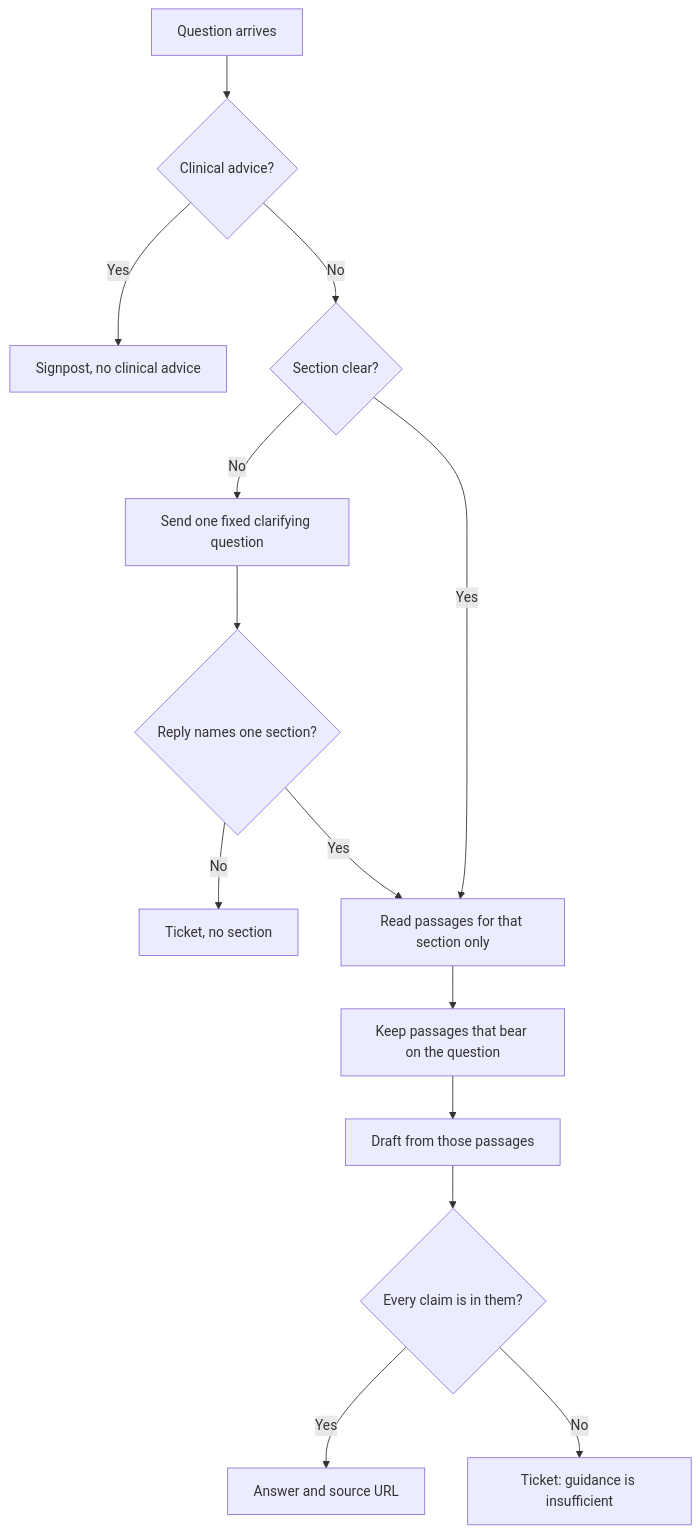
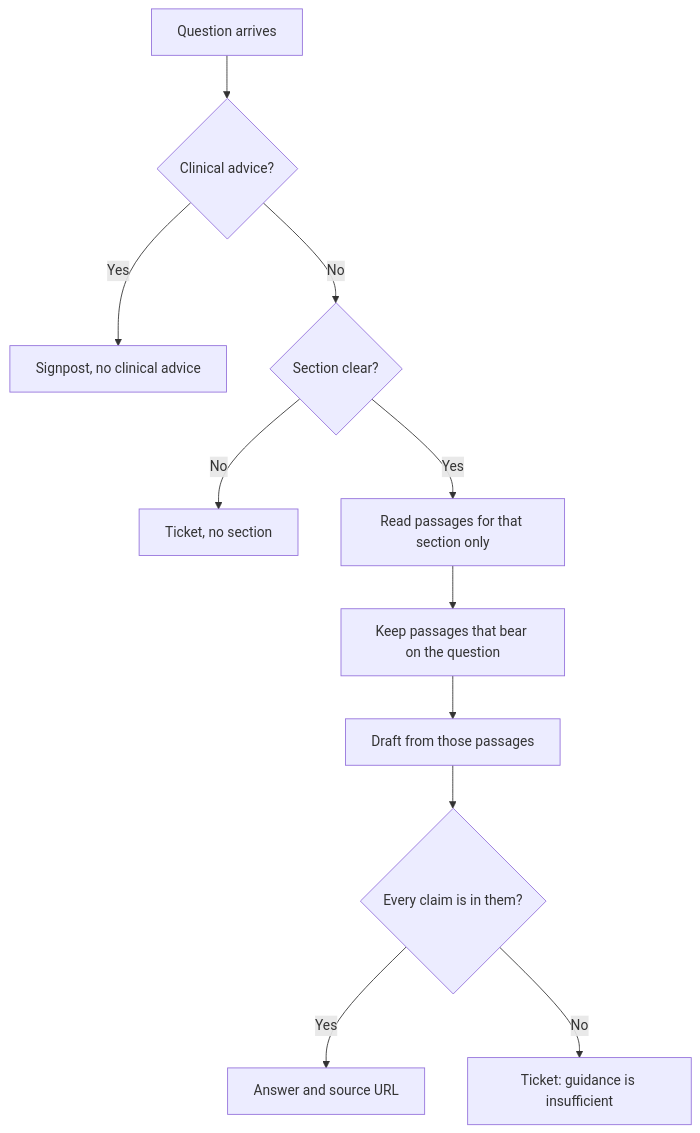
One commit to ramy-glitch/Deskline changed the fifth of 6 diagrams in docs/alpha_build.md. Above: the diagram before and after it, drawn with Mermaid. The commit also changed other lines of this file and 14 other files, not shown here.

````diff
--- a/docs/alpha_build.md
+++ b/docs/alpha_build.md
@@ -159,28 +157,23 @@
 ```mermaid
 flowchart TD
     start[Question arrives]
     clinical{Clinical advice?}
     signpost[Signpost, no clinical advice]
     route{Section clear?}
-    clarify[Send one fixed clarifying question]
-    reply{Reply names one section?}
     ticketUnclear[Ticket, no section]
     retrieve[Read passages for that section only]
     grade[Keep passages that bear on the question]
     draft[Draft from those passages]
     check{Every claim is in them?}
     answer[Answer and source URL]
     ticketGap[Ticket: guidance is insufficient]
 
     start --> clinical
     clinical -->|Yes| signpost
     clinical -->|No| route
     route -->|Yes| retrieve
-    route -->|No| clarify
-    clarify --> reply
-    reply -->|No| ticketUnclear
-    reply -->|Yes| retrieve
+    route -->|No| ticketUnclear
     retrieve --> grade --> draft --> check
     check -->|Yes| answer
     check -->|No| ticketGap
 ```
````
